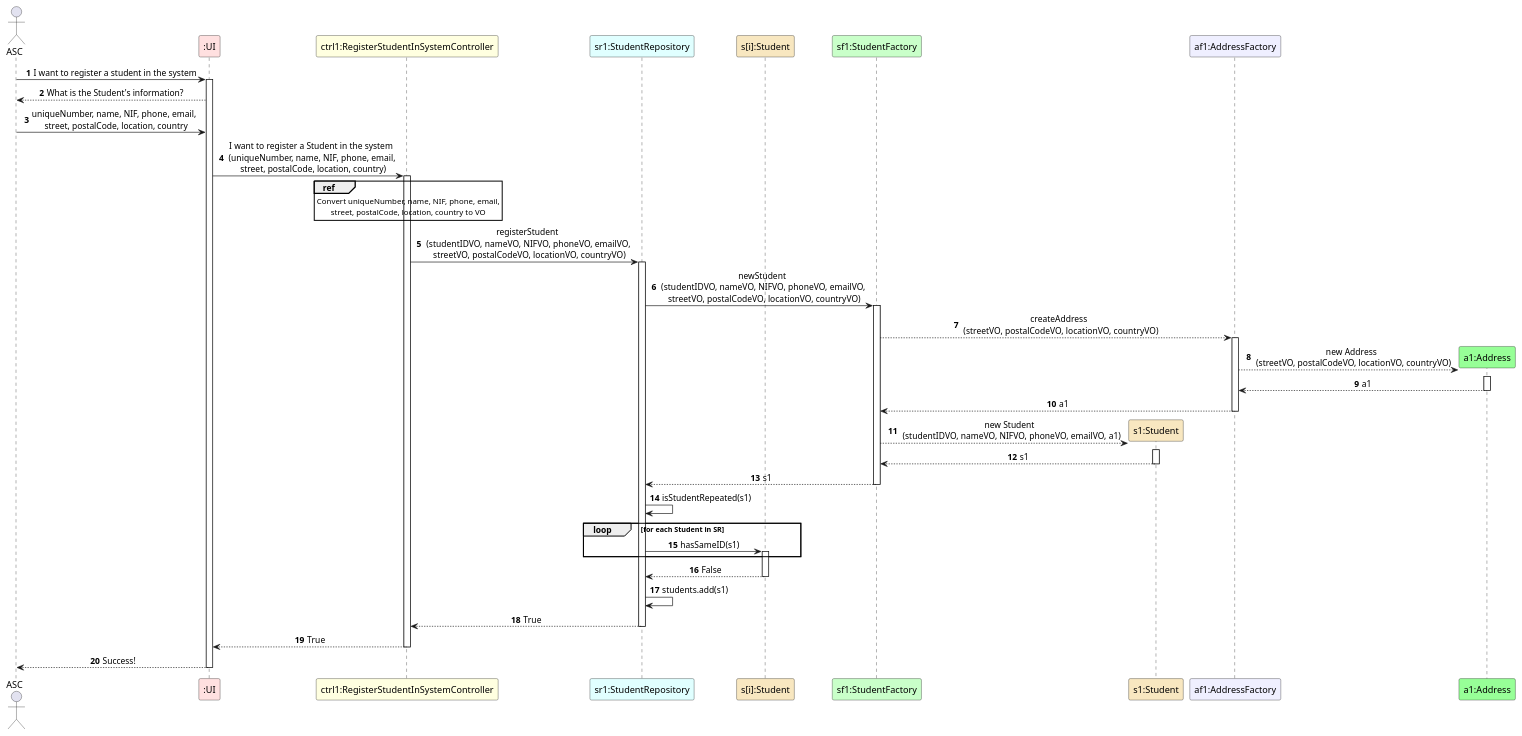
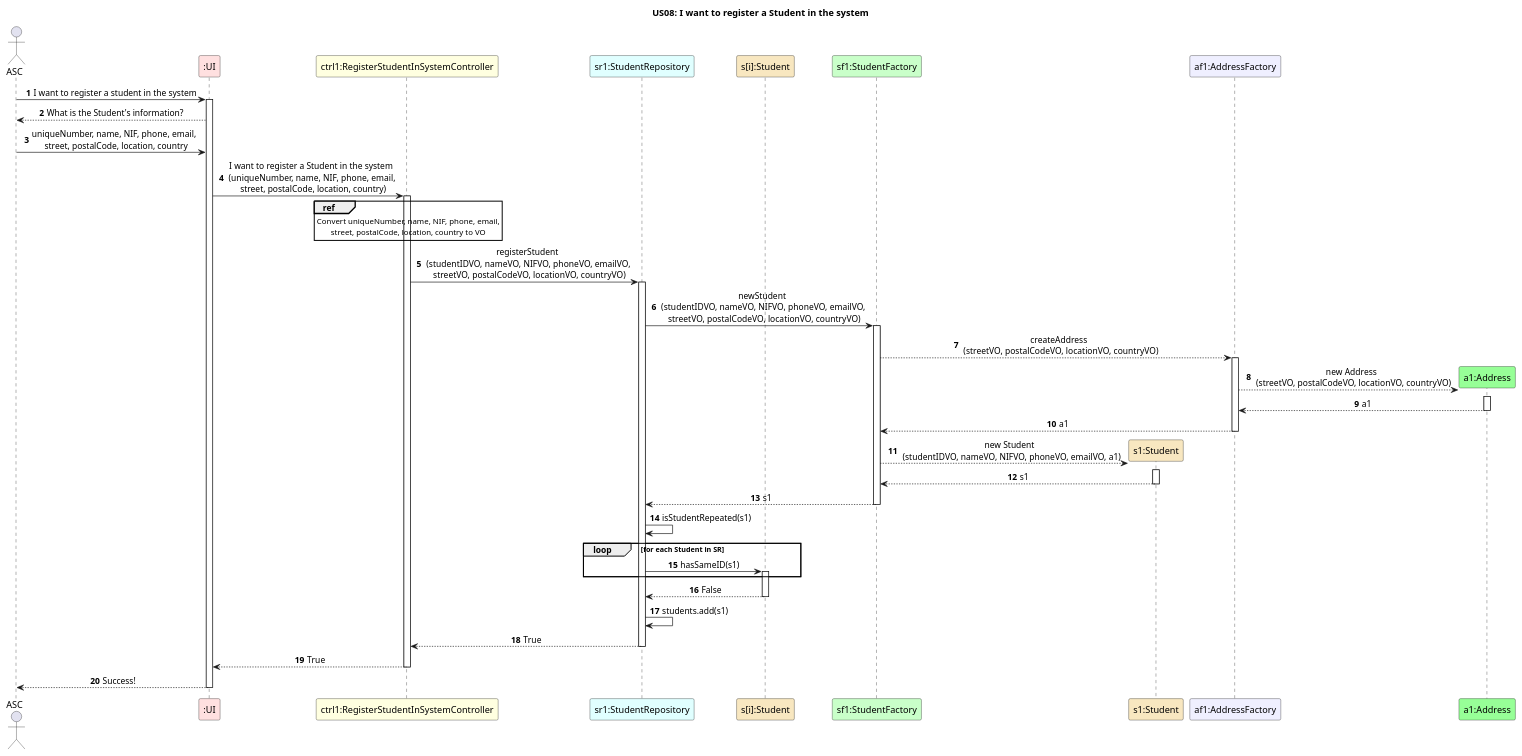
The diagram in docs/US08/US08_DDD_SequenceDiagram.puml (GasparISEP/DevOps-PAI), drawn with PlantUML before and after one commit. The commit also changed 1 other file, not shown here.

Commit message:
Refactored US08 diagrams

```diff
--- a/docs/US08/US08_DDD_SequenceDiagram.puml
+++ b/docs/US08/US08_DDD_SequenceDiagram.puml
@@ -1,69 +1,69 @@
 @startuml
 autonumber
 skinparam sequenceMessageAlign center
-
+title US08: I want to register a Student in the system
 
 actor ASC
 participant ":UI" as UI #implementation
 participant "ctrl1:RegisterStudentInSystemController" as ctrl #lightyellow
 participant "sr1:StudentRepository" as SR #lightcyan
 participant "s[i]:Student" as Student #strategy
 participant "sf1:StudentFactory" as SF #technology
 participant "s1:Student" as s1 #strategy
 participant "af1:AddressFactory" as AF #motivation
 participant "a1:Address" as A #physical
 
 ASC -> UI: I want to register a student in the system
 activate UI
 UI --> ASC: What is the Student's information?
 ASC -> UI: uniqueNumber, name, NIF, phone, email, \n street, postalCode, location, country
 
 UI -> ctrl: I want to register a Student in the system \n (uniqueNumber, name, NIF, phone, email, \n street, postalCode, location, country)
 activate ctrl
 ref over ctrl
     Convert uniqueNumber, name, NIF, phone, email,
     street, postalCode, location, country to VO
 end ref
 
 ctrl -> SR: registerStudent \n (studentIDVO, nameVO, NIFVO, phoneVO, emailVO, \n streetVO, postalCodeVO, locationVO, countryVO)
 activate SR
 
 SR -> SF: newStudent \n (studentIDVO, nameVO, NIFVO, phoneVO, emailVO, \n streetVO, postalCodeVO, locationVO, countryVO)
 activate SF
 
 SF --> AF: createAddress \n (streetVO, postalCodeVO, locationVO, countryVO)
 activate AF
 
 AF --> A**: new Address \n (streetVO, postalCodeVO, locationVO, countryVO)
 activate A
 A --> AF: a1
 deactivate A
 
 AF --> SF: a1
 deactivate AF
 SF --> s1**: new Student \n (studentIDVO, nameVO, NIFVO, phoneVO, emailVO, a1)
 activate s1
 s1 --> SF: s1
 deactivate s1
 SF --> SR: s1
 deactivate SF
 
 SR -> SR : isStudentRepeated(s1)
 
 loop for each Student in SR
     SR -> Student: hasSameID(s1)
     activate Student
 end
 
 Student --> SR : False
 deactivate Student
 
 SR -> SR: students.add(s1)
 SR --> ctrl: True
 deactivate SR
 ctrl --> UI: True
 deactivate ctrl
 UI --> ASC: Success!
 deactivate UI
 
 @enduml
```
